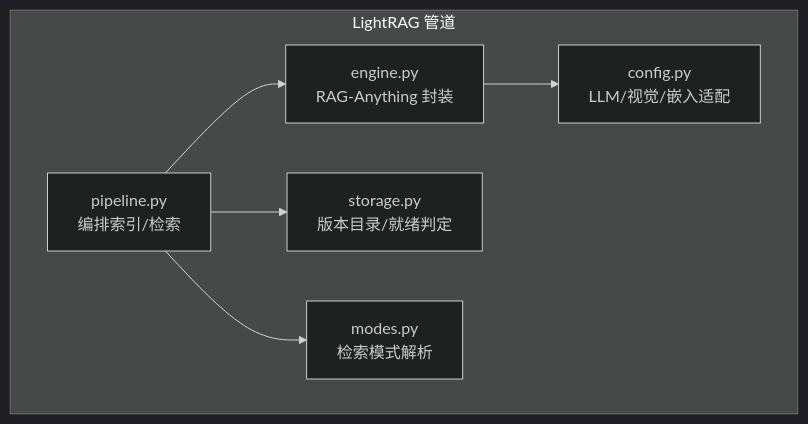
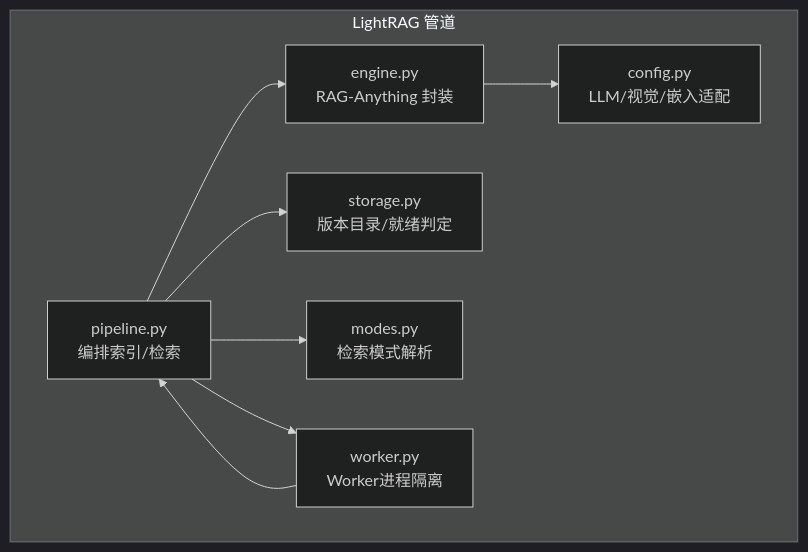
Before and after one commit to gongzili456/DeepTutor: the first of 6 diagrams in .qoder/repowiki/zh/content/项目概述/核心特性概览/多引擎知识库/LightRAG管道.md, drawn with Mermaid (dark theme). The commit also changed other lines of this file and 821 other files, not shown here.

````diff
--- a/.qoder/repowiki/zh/content/项目概述/核心特性概览/多引擎知识库/LightRAG管道.md
+++ b/.qoder/repowiki/zh/content/项目概述/核心特性概览/多引擎知识库/LightRAG管道.md
@@ -35,14 +44,17 @@
 ```mermaid
 graph TB
 subgraph "LightRAG 管道"
 P["pipeline.py<br/>编排索引/检索"]
 E["engine.py<br/>RAG-Anything 封装"]
 C["config.py<br/>LLM/视觉/嵌入适配"]
 S["storage.py<br/>版本目录/就绪判定"]
+W["worker.py<br/>Worker进程隔离"]
 M["modes.py<br/>检索模式解析"]
 end
 P --> E
 P --> S
 P --> M
+P --> W
 E --> C
+W --> P
 ```
````
